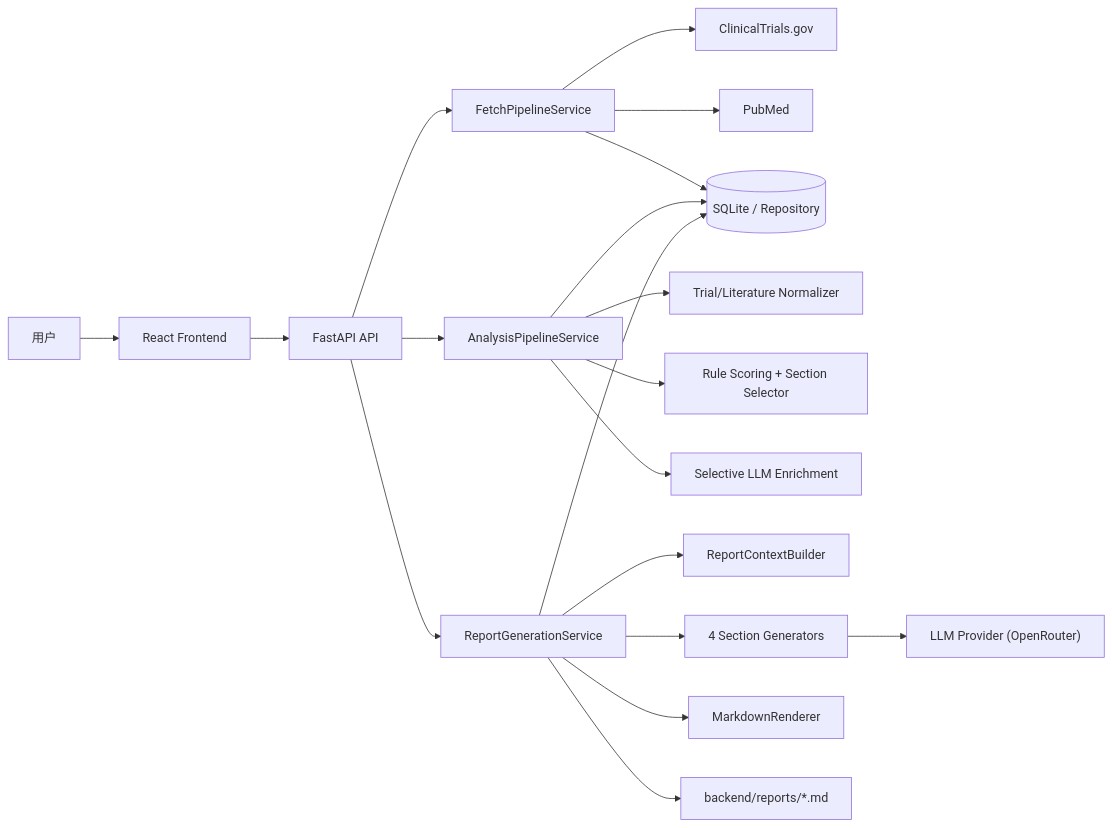
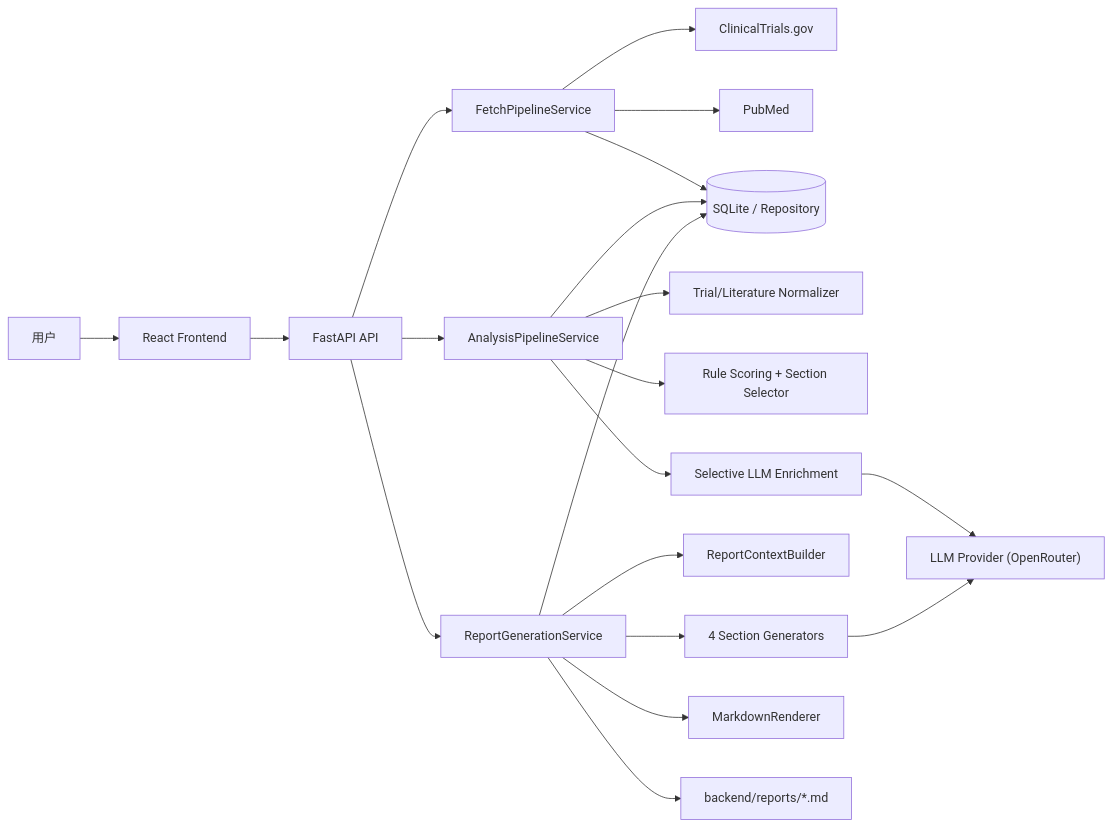
One commit to zlbee/medical-intelligence-system changed the first of 2 diagrams in docs/架构设计方案.md. Above: the diagram before and after it, drawn with Mermaid.

Commit message:
docs: 架构图调整

````diff
--- a/docs/架构设计方案.md
+++ b/docs/架构设计方案.md
@@ -38,25 +38,26 @@
 ```mermaid
 flowchart LR
     U["用户"] --> FE["React Frontend"]
     FE --> API["FastAPI API"]
 
     API --> FETCH["FetchPipelineService"]
     API --> ANALYSIS["AnalysisPipelineService"]
     API --> REPORT["ReportGenerationService"]
 
     FETCH --> CT["ClinicalTrials.gov"]
     FETCH --> PM["PubMed"]
     FETCH --> DB[(SQLite / Repository)]
 
     ANALYSIS --> NORM["Trial/Literature Normalizer"]
     ANALYSIS --> SCORE["Rule Scoring + Section Selector"]
     ANALYSIS --> ENRICH["Selective LLM Enrichment"]
     ANALYSIS --> DB
 
     REPORT --> CTX["ReportContextBuilder"]
     REPORT --> GEN["4 Section Generators"]
+    ENRICH --> LLM["LLM Provider (OpenRouter)"]
     GEN --> LLM["LLM Provider (OpenRouter)"]
     REPORT --> MD["MarkdownRenderer"]
     REPORT --> DB
     REPORT --> FILE["backend/reports/*.md"]
 ```
````
